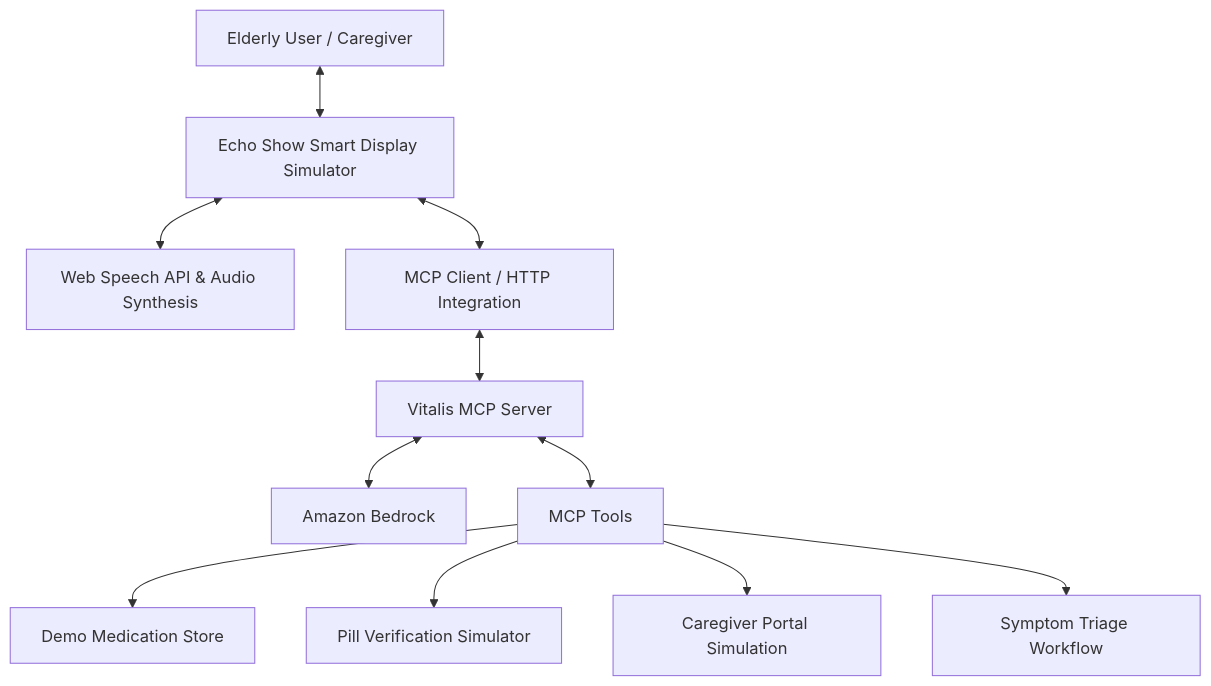
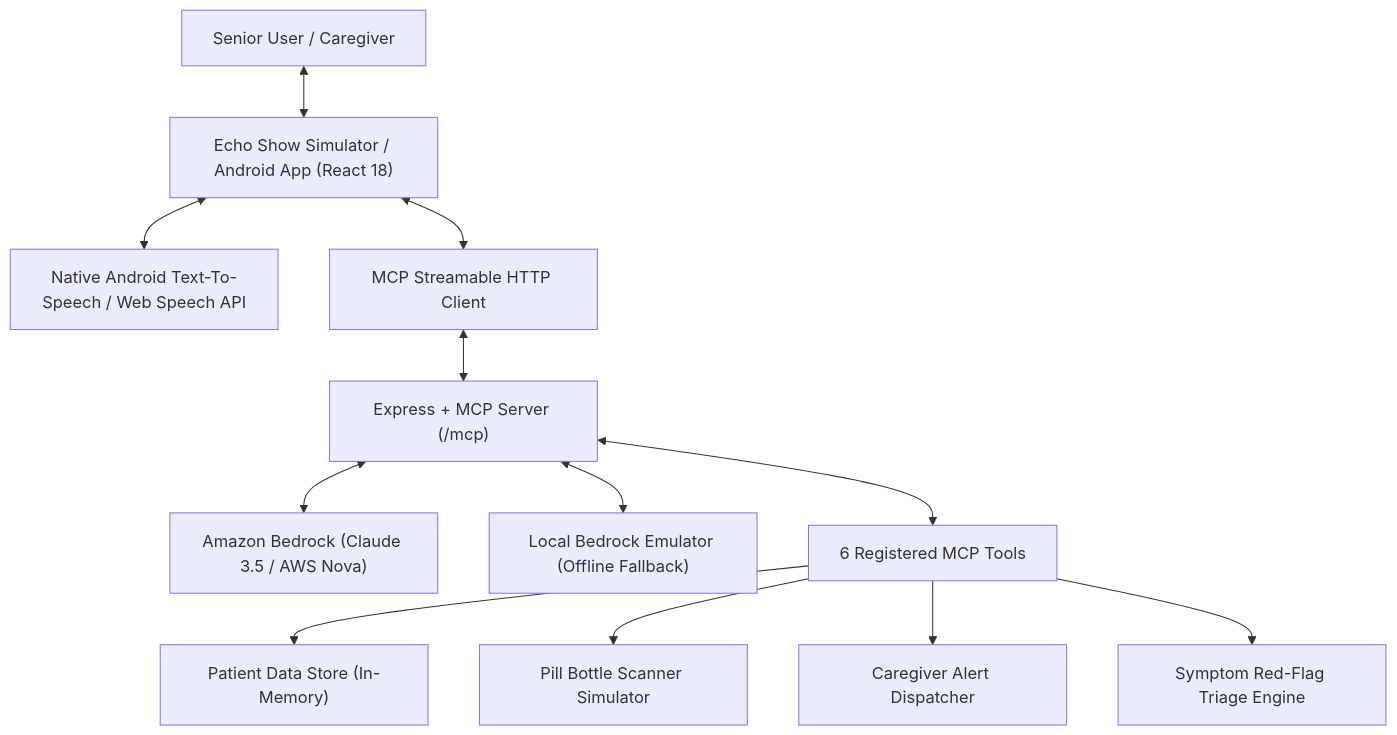
The diagram in README.md (Yemmmyc/vitalis-ai), drawn with Mermaid before and after one commit. The commit also changed other lines of this file and 74 other files, not shown here.

Commit message:
feat(doc+mobile): prepare Vitalis AI for QAF 2.0 submission with native Android TTS & responsive layout

````diff
--- a/README.md
+++ b/README.md
@@ -37,13 +63,14 @@
 ```mermaid
 graph TD
-    User["Elderly User / Caregiver"] <--> WebSim["Echo Show Smart Display Simulator"]
-    WebSim <--> VoiceEngine["Web Speech API & Audio Synthesis"]
-    WebSim <--> Client["MCP Client / HTTP Integration"]
-    Client <--> MCPServer["Vitalis MCP Server"]
-    MCPServer <--> Bedrock["Amazon Bedrock"]
-    MCPServer <--> Tools["MCP Tools"]
-    Tools --> MedDb["Demo Medication Store"]
-    Tools --> VisionVerify["Pill Verification Simulator"]
-    Tools --> AlertDispatch["Caregiver Portal Simulation"]
-    Tools --> Triage["Symptom Triage Workflow"]
+    User["Senior User / Caregiver"] <--> UI["Echo Show Simulator / Android App (React 18)"]
+    UI <--> TTS["Native Android Text-To-Speech / Web Speech API"]
+    UI <--> MCPClient["MCP Streamable HTTP Client"]
+    MCPClient <--> ExpressServer["Express + MCP Server (/mcp)"]
+    ExpressServer <--> Bedrock["Amazon Bedrock (Claude 3.5 / AWS Nova)"]
+    ExpressServer <--> BedrockFallback["Local Bedrock Emulator (Offline Fallback)"]
+    ExpressServer <--> MCPTools["6 Registered MCP Tools"]
+    MCPTools --> MedStore["Patient Data Store (In-Memory)"]
+    MCPTools --> PillVision["Pill Bottle Scanner Simulator"]
+    MCPTools --> CaregiverPortal["Caregiver Alert Dispatcher"]
+    MCPTools --> TriageEngine["Symptom Red-Flag Triage Engine"]
 ```
````
